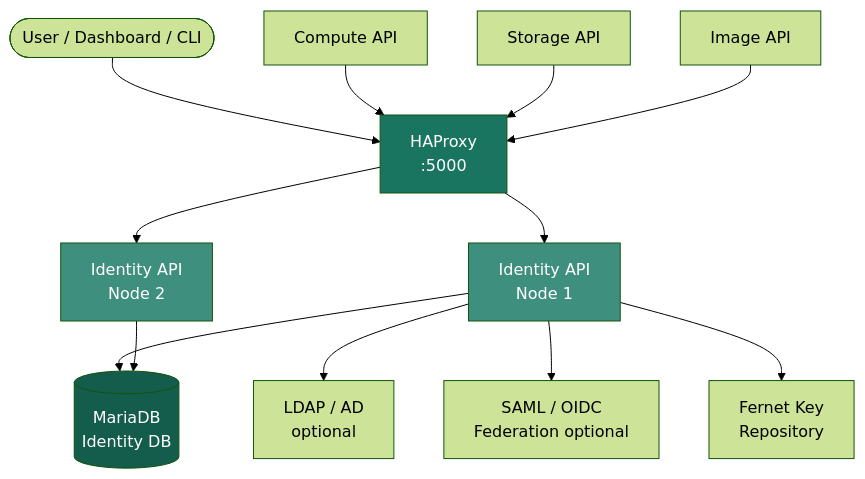
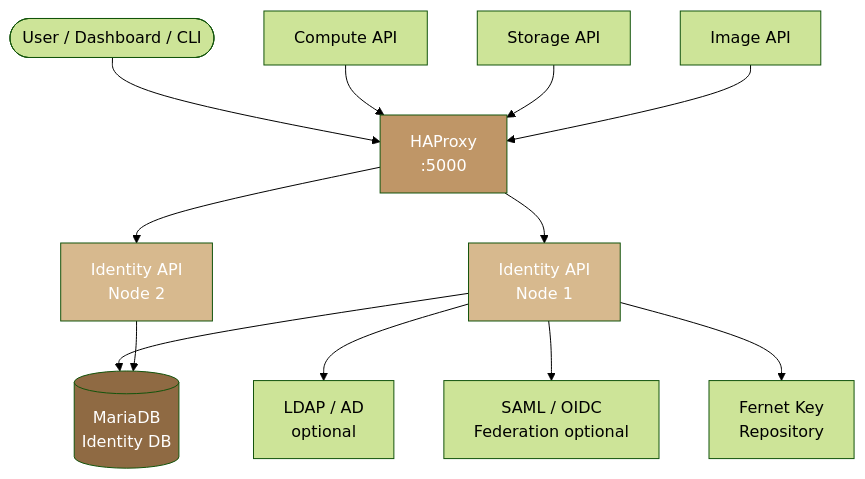
The first of 2 diagrams in services/identity/architecture.mdx (ankur-kumar87/docs-polystack), drawn with Mermaid (forest theme) before and after one commit. The commit also changed other lines of this file and 395 other files, not shown here.

````diff
--- a/services/identity/architecture.mdx
+++ b/services/identity/architecture.mdx
@@ -22,18 +22,18 @@
 ```mermaid
 graph TD
     U([User / Dashboard / CLI]) --> HAP[HAProxy<br/>:5000]
     HAP --> I1[Identity API<br/>Node 1]
     HAP --> I2[Identity API<br/>Node 2]
     I1 --> DB[(MariaDB<br/>Identity DB)]
     I2 --> DB
     I1 --> LDAP[LDAP / AD<br/>optional]
     I1 --> FED[SAML / OIDC<br/>Federation optional]
     I1 --> FER[Fernet Key<br/>Repository]
     NOVA[Compute API] --> HAP
     CINDER[Storage API] --> HAP
     IMG[Image API] --> HAP
-    style HAP fill:#197560,color:#fff
-    style I1 fill:#3F8F7E,color:#fff
-    style I2 fill:#3F8F7E,color:#fff
-    style DB fill:#145C4C,color:#fff
+    style HAP fill:#bf9667,color:#fff
+    style I1 fill:#d7b98e,color:#fff
+    style I2 fill:#d7b98e,color:#fff
+    style DB fill:#8f6a43,color:#fff
 ```
````
